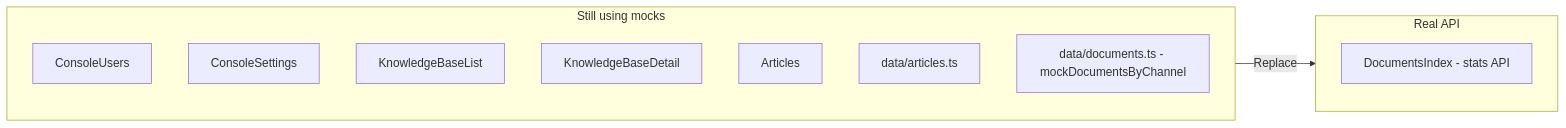
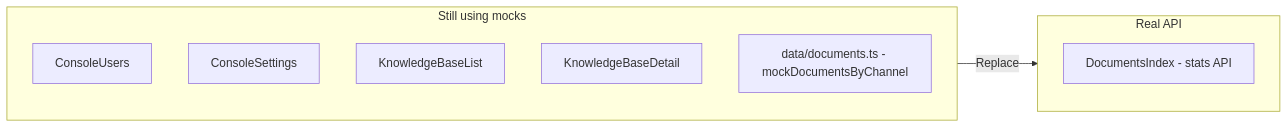
Before and after one commit to yingrui/openKMS: the third of 5 diagrams in docs/tech_debt.md, drawn with Mermaid. The commit also changed other lines of this file and 49 other files, not shown here.

````diff
--- a/docs/tech_debt.md
+++ b/docs/tech_debt.md
@@ -139,18 +139,16 @@
 ```mermaid
 flowchart LR
   subgraph RealAPI["Real API"]
     D[DocumentsIndex - stats API]
   end
 
   subgraph Mocks["Still using mocks"]
     C2[ConsoleUsers]
     C3[ConsoleSettings]
     K1[KnowledgeBaseList]
     K2[KnowledgeBaseDetail]
-    A[Articles]
-    DA[data/articles.ts]
     DC[data/documents.ts - mockDocumentsByChannel]
   end
 
   Mocks --> |Replace| RealAPI
 ```
````
